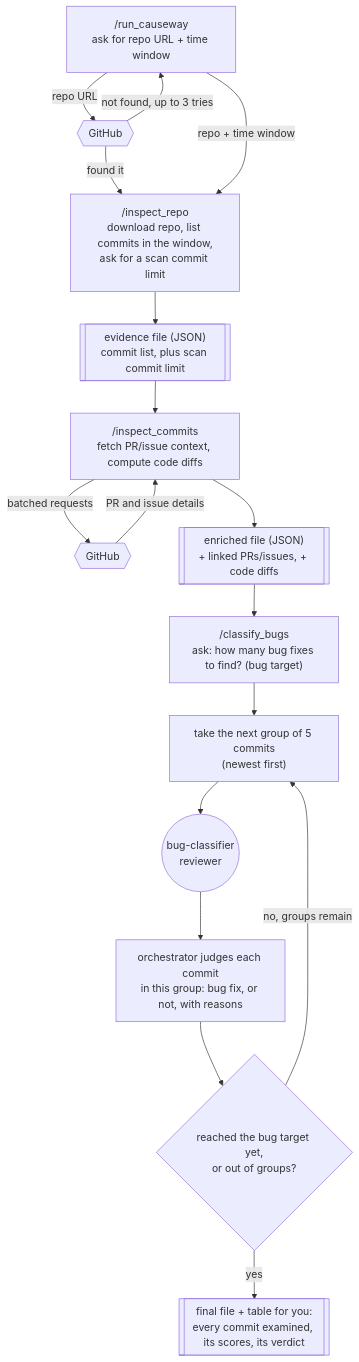
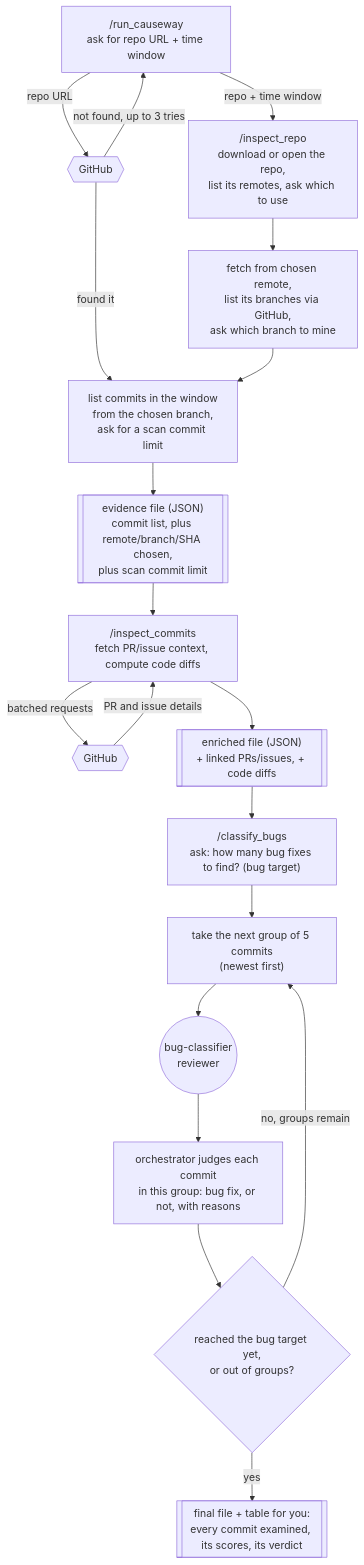
Before and after one commit to Preet0504/causeway: the diagram in README.md, drawn with Mermaid. The commit also changed other lines of this file and 5 other files, not shown here.

````diff
--- a/README.md
+++ b/README.md
@@ -241,38 +253,42 @@
 ```mermaid
 flowchart TD
     RC["/run_causeway<br/>ask for repo URL + time window"]
     GH1{{GitHub}}
     RC -- "repo URL" --> GH1
     GH1 -- "not found, up to 3 tries" --> RC
     GH1 -- "found it" --> IR
 
-    IR["/inspect_repo<br/>download repo, list commits in the window,<br/>ask for a scan commit limit"]
-    RC -- "repo + time window" --> IR
+    IR0["/inspect_repo<br/>download or open the repo,<br/>list its remotes, ask which to use"]
+    RC -- "repo + time window" --> IR0
+    IR1["fetch from chosen remote,<br/>list its branches via GitHub,<br/>ask which branch to mine"]
+    IR0 --> IR1
+    IR["list commits in the window<br/>from the chosen branch,<br/>ask for a scan commit limit"]
+    IR1 --> IR
 
-    EV[["evidence file (JSON)<br/>commit list, plus scan commit limit"]]
+    EV[["evidence file (JSON)<br/>commit list, plus remote/branch/SHA chosen,<br/>plus scan commit limit"]]
     IR --> EV
 
     IC["/inspect_commits<br/>fetch PR/issue context, compute code diffs"]
     EV --> IC
     IC -- "batched requests" --> GH2{{GitHub}}
     GH2 -- "PR and issue details" --> IC
 
     EN[["enriched file (JSON)<br/>+ linked PRs/issues, + code diffs"]]
     IC --> EN
 
     CB["/classify_bugs<br/>ask: how many bug fixes to find? (bug target)"]
     EN --> CB
 
     NEXTBATCH["take the next group of 5 commits<br/>(newest first)"]
     CB --> NEXTBATCH
     REV(("bug-classifier<br/>reviewer"))
     NEXTBATCH --> REV
     JUDGE["orchestrator judges each commit<br/>in this group: bug fix, or not, with reasons"]
     REV --> JUDGE
     CHECK{"reached the bug target yet,<br/>or out of groups?"}
     JUDGE --> CHECK
     CHECK -- "no, groups remain" --> NEXTBATCH
     CHECK -- "yes" --> RESULT
 
     RESULT[["final file + table for you:<br/>every commit examined, its scores, its verdict"]]
 ```
````
